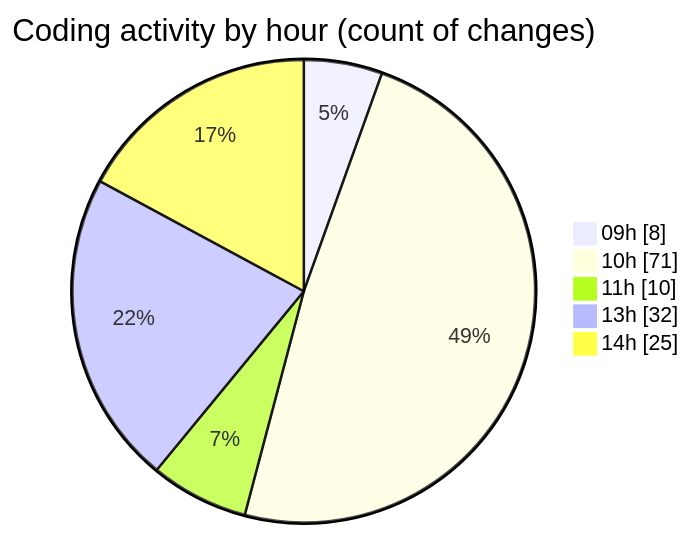
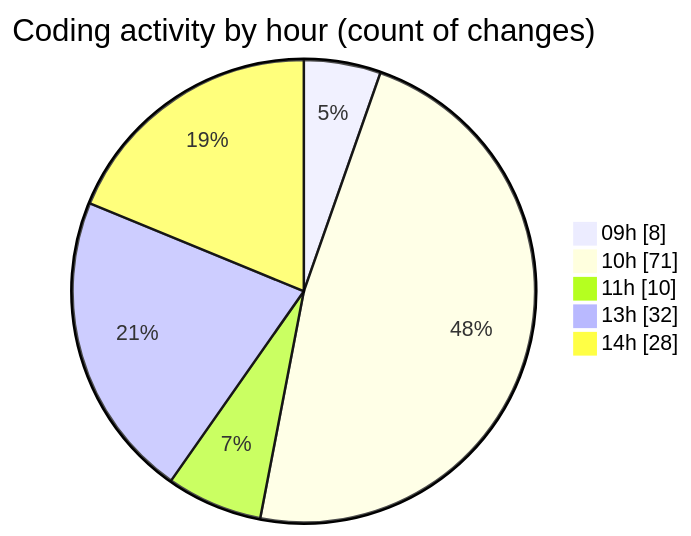
Before and after one commit to CELIANVF/code-tracking: the second of 2 diagrams in 2025-06-03/ecodeli-1/README.md, drawn with Mermaid. The commit also changed other lines of this file and 1 other file, not shown here.

````diff
--- a/2025-06-03/ecodeli-1/README.md
+++ b/2025-06-03/ecodeli-1/README.md
@@ -74,9 +74,9 @@
 ```mermaid
 pie showData
 title Coding activity by hour (count of changes)
 "09h" : 8
 "10h" : 71
 "11h" : 10
 "13h" : 32
-"14h" : 25
+"14h" : 28
 ```
````
